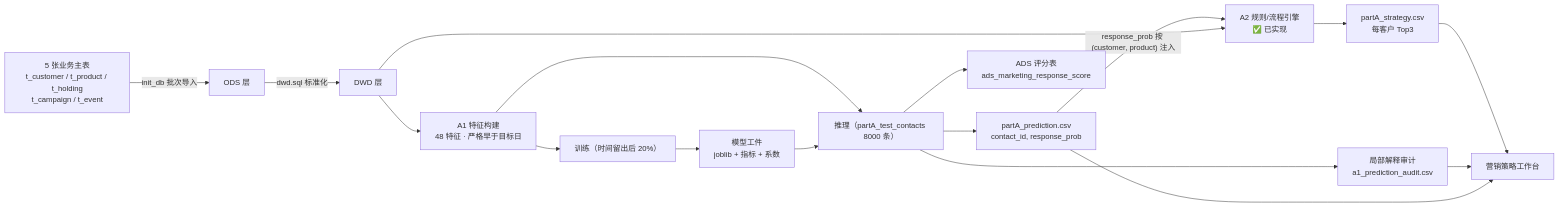
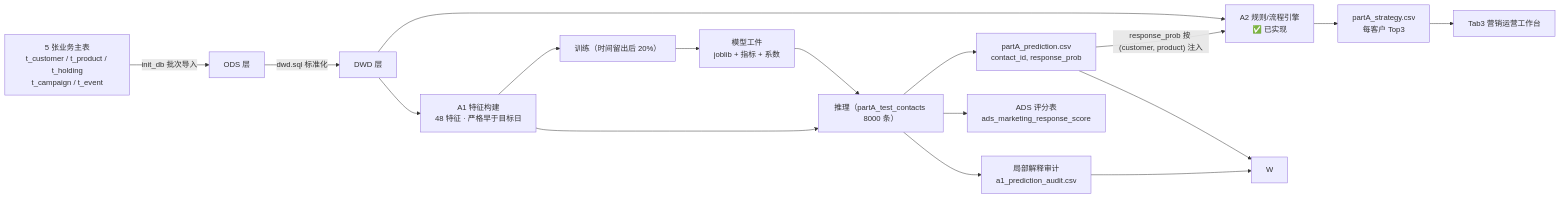
Before and after one commit to cpyh/touchCIB: the second of 4 diagrams in src/docs/architecture.md, drawn with Mermaid. The commit also changed other lines of this file and 7 other files, not shown here.

````diff
--- a/src/docs/architecture.md
+++ b/src/docs/architecture.md
@@ -90,19 +91,19 @@
 ```mermaid
 flowchart LR
     RAW["5 张业务主表<br/>t_customer / t_product / t_holding<br/>t_campaign / t_event"] -->|"init_db 批次导入"| ODS["ODS 层"]
     ODS -->|"dwd.sql 标准化"| DWD["DWD 层"]
     DWD --> F["A1 特征构建<br/>48 特征 · 严格早于目标日"]
     F --> TR["训练（时间留出后 20%）"]
     F --> INF["推理（partA_test_contacts 8000 条）"]
     TR --> M["模型工件<br/>joblib + 指标 + 系数"]
     M --> INF
     INF --> P["partA_prediction.csv<br/>contact_id, response_prob"]
     INF --> EXP["局部解释审计<br/>a1_prediction_audit.csv"]
     INF --> ADS["ADS 评分表<br/>ads_marketing_response_score"]
     P -->|"response_prob 按 (customer, product) 注入"| ENG["A2 规则/流程引擎<br/>✅ 已实现"]
     DWD --> ENG
     ENG --> S["partA_strategy.csv<br/>每客户 Top3"]
-    S --> W["营销策略工作台"]
+    S --> T["Tab3 营销运营工作台"]
     EXP --> W
     P --> W
 ```
````
